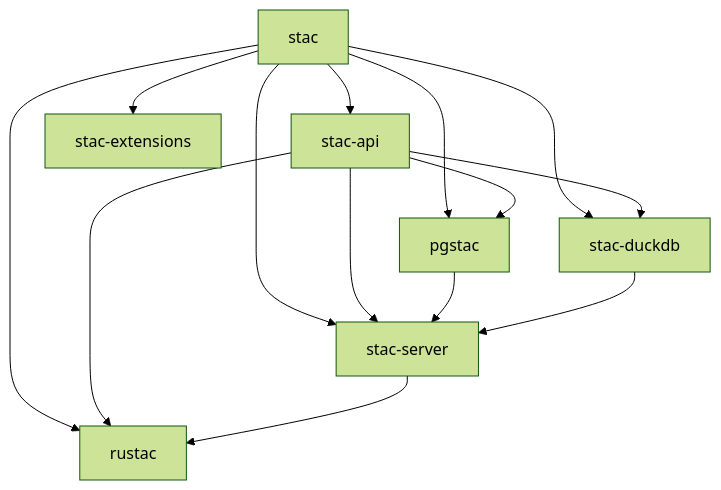
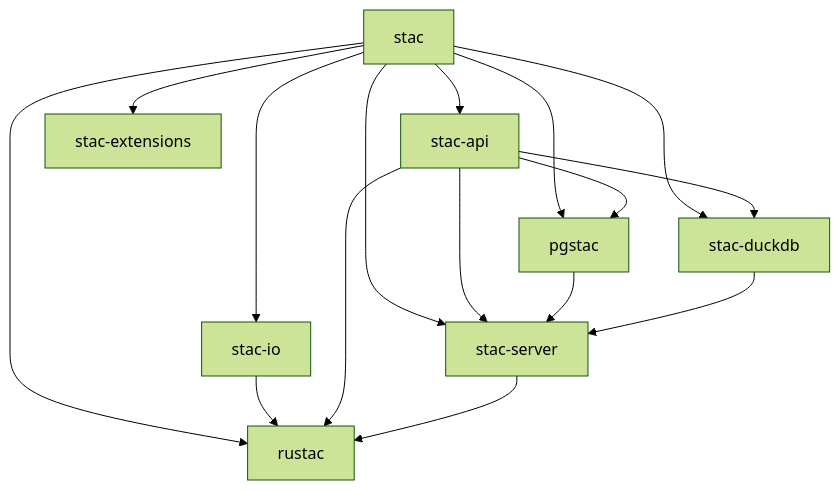
Before and after one commit to stac-utils/rustac: the diagram in README.md, drawn with Mermaid (forest theme). The commit also changed other lines of this file and 7 other files, not shown here.

````diff
--- a/README.md
+++ b/README.md
@@ -89,16 +91,18 @@
 ```mermaid
 graph TD
     stac --> stac-api
+    stac --> stac-io
     stac --> stac-extensions
     stac --> rustac
     stac --> pgstac
     stac --> stac-duckdb
     stac --> stac-server
+    stac-io --> rustac
     stac-api --> pgstac
     stac-api --> stac-duckdb
     stac-api --> stac-server
     stac-api --> rustac
     pgstac --> stac-server
     stac-duckdb --> stac-server
     stac-server --> rustac
 ```
````
